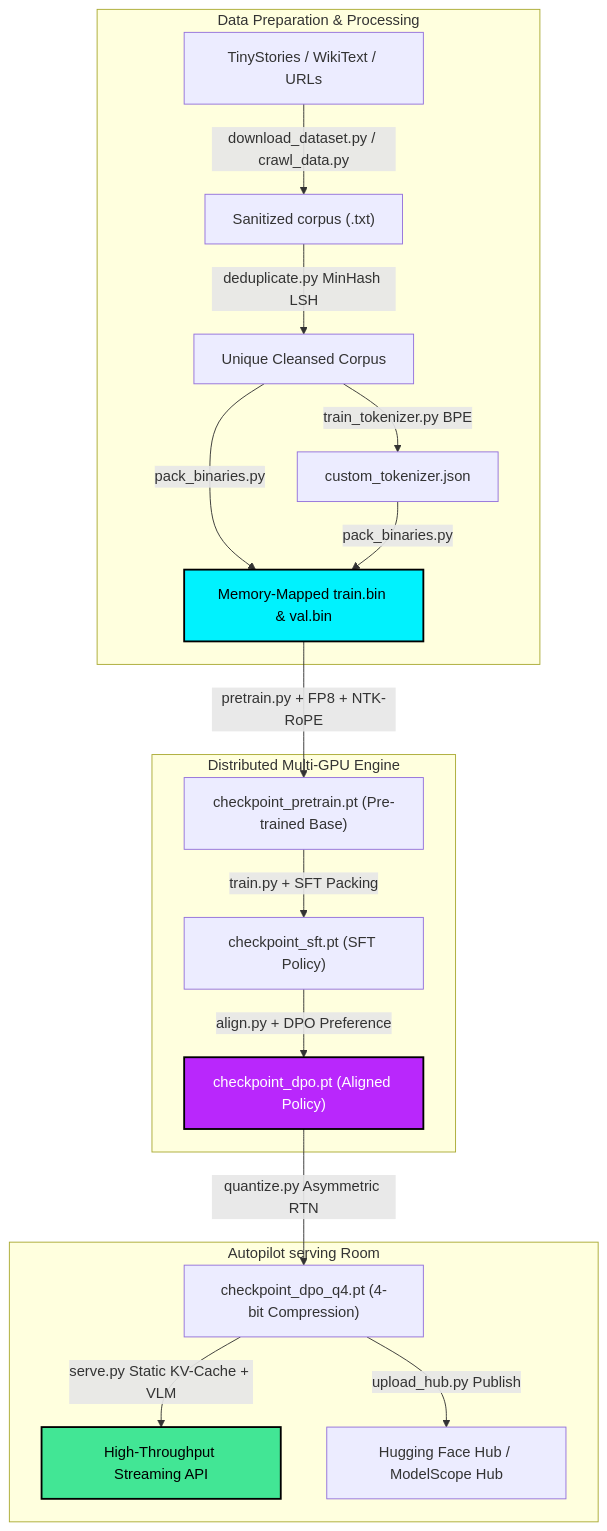
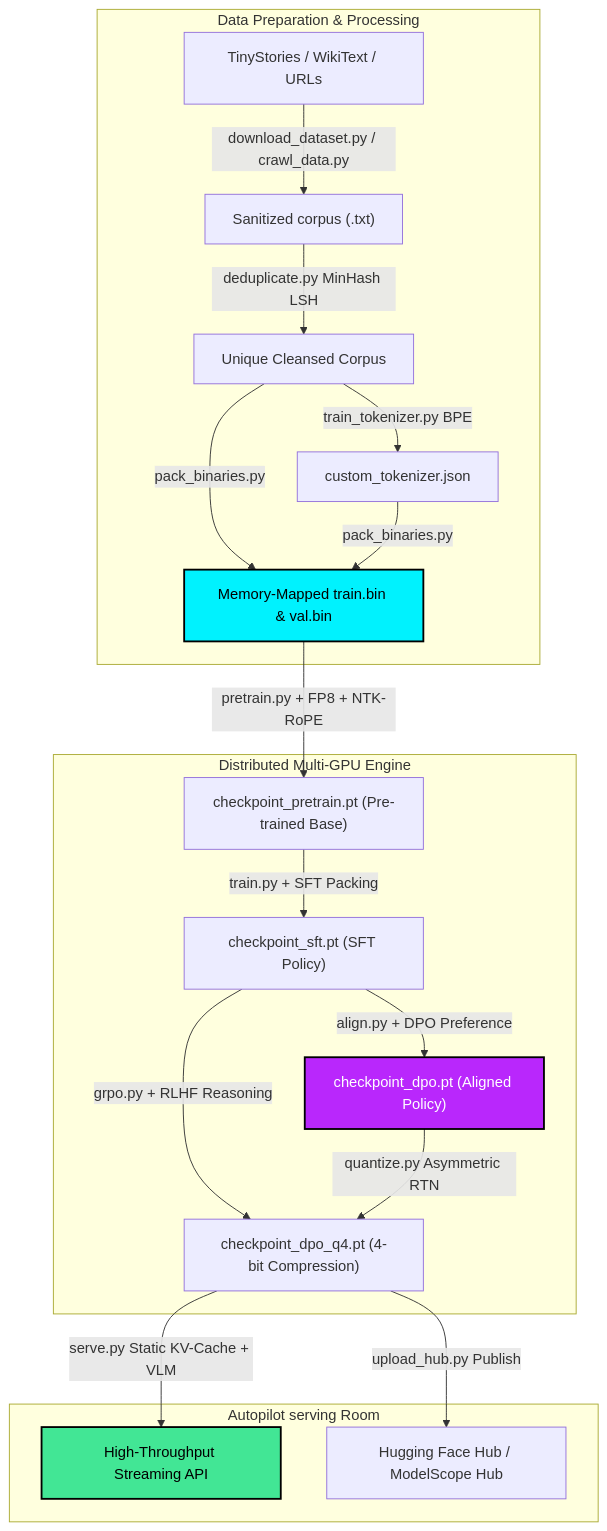
Before and after one commit to ifnodoraemon/nano-llm: the first of 6 diagrams in README.md, drawn with Mermaid. The commit also changed other lines of this file and 4 other files, not shown here.

Commit message:
feat: implement pure PyTorch DeepSeek-R1 GRPO alignment loop and unit tests, updating all roadmap blueprints

````diff
--- a/README.md
+++ b/README.md
@@ -23,28 +23,29 @@
 ```mermaid
 graph TD
     %% Dataset Prep Phase
     subgraph Data Prep tab [Data Preparation & Processing]
         A["TinyStories / WikiText / URLs"] -->|download_dataset.py / crawl_data.py| B["Sanitized corpus (.txt)"]
         B -->|deduplicate.py MinHash LSH| C["Unique Cleansed Corpus"]
         C -->|train_tokenizer.py BPE| D["custom_tokenizer.json"]
         C & D -->|pack_binaries.py| E["Memory-Mapped train.bin & val.bin"]
     end
 
     %% Training Pipeline Phase
     subgraph Training cockpit [Distributed Multi-GPU Engine]
         E -->|pretrain.py + FP8 + NTK-RoPE| F["checkpoint_pretrain.pt (Pre-trained Base)"]
         F -->|train.py + SFT Packing| G["checkpoint_sft.pt (SFT Policy)"]
         G -->|align.py + DPO Preference| H["checkpoint_dpo.pt (Aligned Policy)"]
+        G -->|grpo.py + RLHF Reasoning| I["checkpoint_grpo.pt (Reasoning Policy)"]
     end
 
     %% Optimization & Deployment Phase
     subgraph Compression & serving [Autopilot serving Room]
         H -->|quantize.py Asymmetric RTN| I["checkpoint_dpo_q4.pt (4-bit Compression)"]
         I -->|serve.py Static KV-Cache + VLM| J["High-Throughput Streaming API"]
         I -->|upload_hub.py Publish| K["Hugging Face Hub / ModelScope Hub"]
     end
     
     style E fill:#00f2fe,stroke:#000,stroke-width:2px,color:#000
     style H fill:#b927fc,stroke:#000,stroke-width:2px,color:#fff
     style J fill:#42e695,stroke:#000,stroke-width:2px,color:#000
 ```
````
